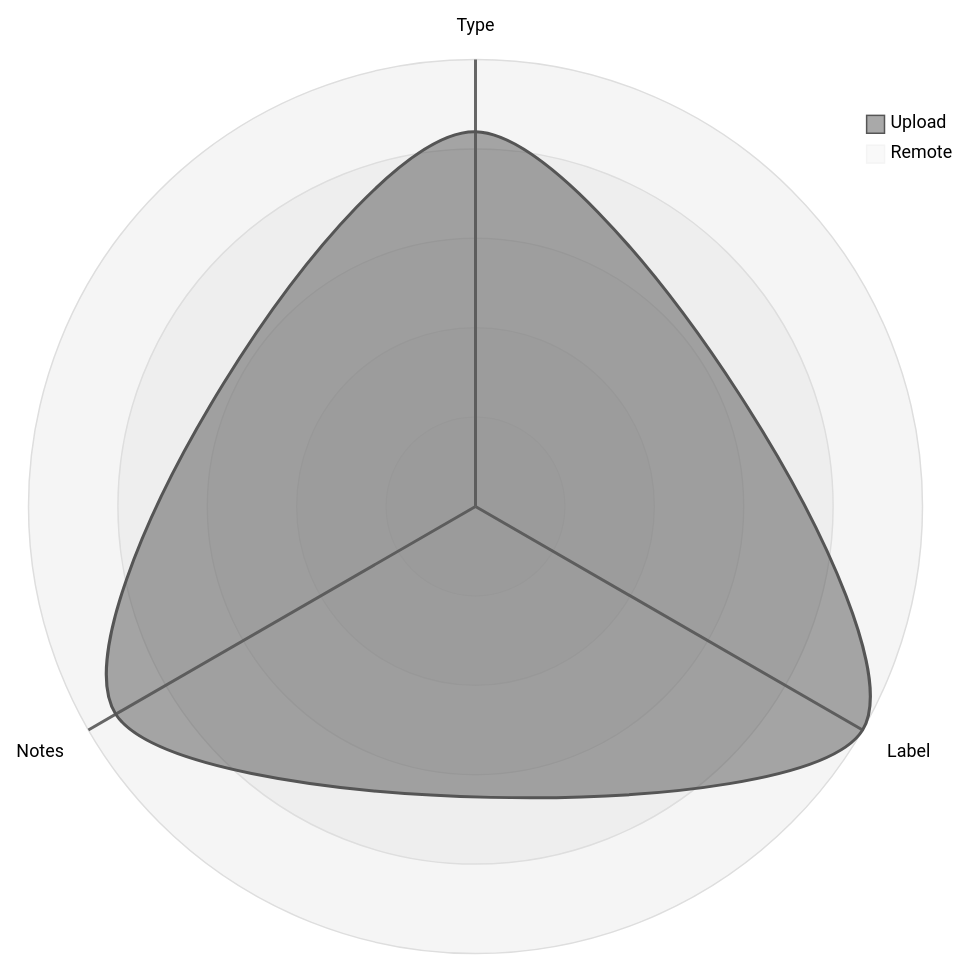
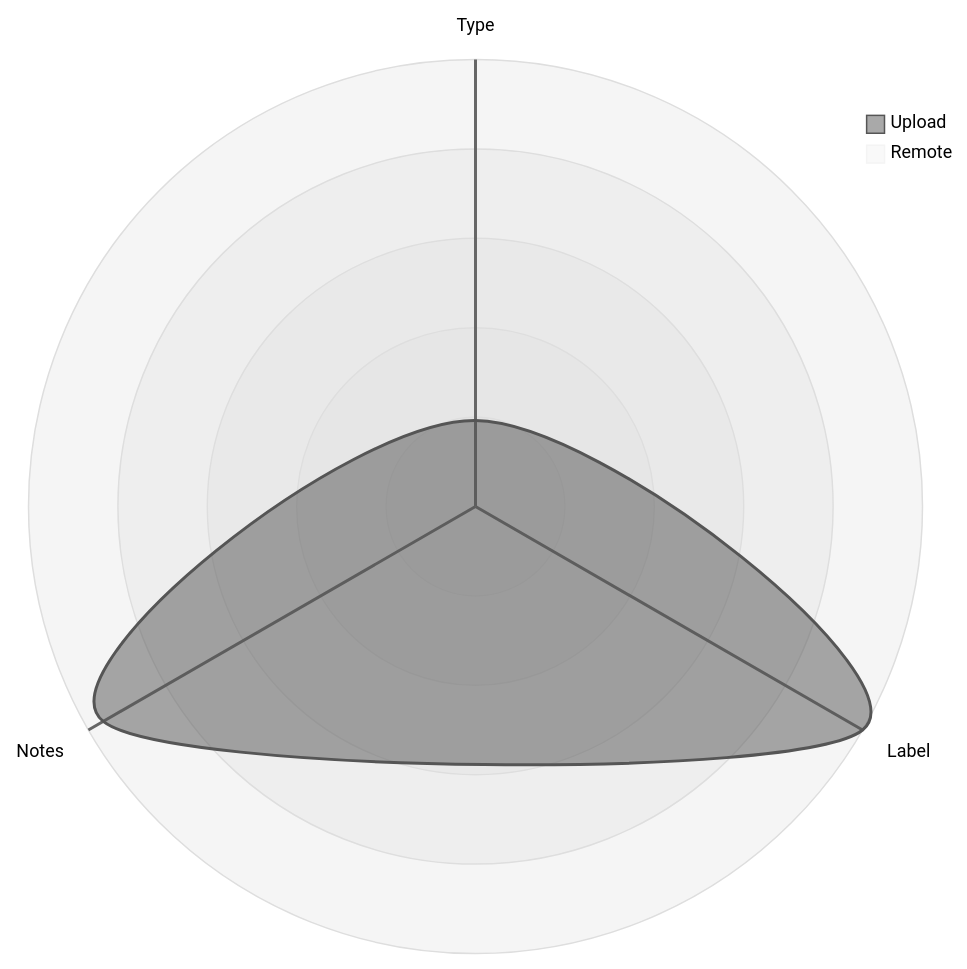
Before and after one commit to open-data/analytics-corporate-reporting: the third of 5 diagrams in datastore_tracker/README.md, drawn with Mermaid (neutral theme). The commit also changed 7 other files, not shown here.

````diff
--- a/datastore_tracker/README.md
+++ b/datastore_tracker/README.md
@@ -106,12 +106,12 @@
 ```mermaid
 radar-beta
   axis T["Type"], L["Label"], N["Notes"]
-  curve u["Upload"]{0.00083, 0.00099, 0.00092}
+  curve u["Upload"]{0.0001, 0.00052, 0.0005}
   curve r["Remote"]{0, 0, 0}
 
   showLegend true
 
   min 0
   graticule circle
   ticks 5
 ```
````
